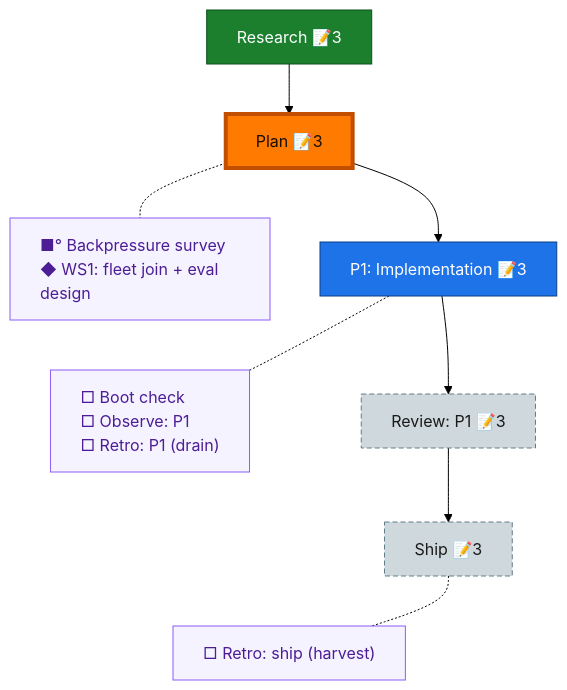
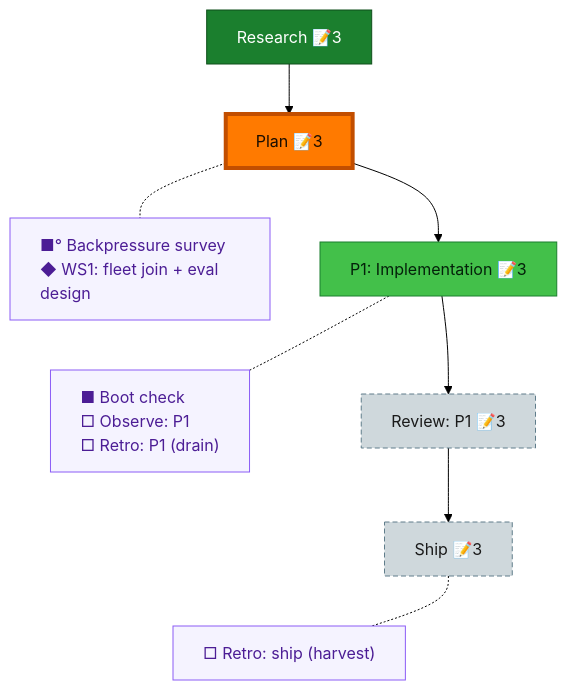
Before and after one commit to AI-Substrate/harness-engineering: the diagram in docs/plans/051-pij-fleet-session-eval/the-flow.md, drawn with Mermaid (forest theme). The commit also changed other lines of this file and 21 other files, not shown here.

````diff
--- a/docs/plans/051-pij-fleet-session-eval/the-flow.md
+++ b/docs/plans/051-pij-fleet-session-eval/the-flow.md
@@ -8,29 +8,29 @@
 ```mermaid
 flowchart TD
     research["Research 📝3"]:::done
     plan["Plan 📝3"]:::done
-    phase_1["P1: Implementation 📝3"]:::known
+    phase_1["P1: Implementation 📝3"]:::wip
     review_1["Review: P1 📝3"]:::assumed
     ship["Ship 📝3"]:::assumed
 
     research --> plan --> phase_1 --> review_1 --> ship
 
     planC["■° Backpressure survey<br/>◆ WS1: fleet join + eval design"]:::chore
-    phase_1C["□ Boot check<br/>□ Observe: P1<br/>□ Retro: P1 (drain)"]:::chore
+    phase_1C["■ Boot check<br/>□ Observe: P1<br/>□ Retro: P1 (drain)"]:::chore
     shipC["□ Retro: ship (harvest)"]:::chore
 
     %% invisible chain holds the gutter boxes in their own column
     planC ~~~ phase_1C ~~~ shipC
 
     %% dotted links pull each gutter box beside its node
     plan -.- planC
     phase_1 -.- phase_1C
     ship -.- shipC
 
     classDef done fill:#1B7F2E,stroke:#0F4F1B,color:#fff;
-    classDef known fill:#1E73E8,stroke:#0D3F86,color:#fff;
+    classDef wip fill:#43C04A,stroke:#1B7F2E,color:#04210A;
     classDef assumed fill:#CFD8DC,stroke:#607D8B,color:#1a1a1a,stroke-dasharray:5 3;
     classDef chore fill:#f5f3ff,stroke:#8b5cf6,color:#4c1d95,text-align:left;
     classDef current fill:#FF7A00,stroke:#C24E00,color:#1a0e00,stroke-width:4px;
     class plan current;
 ```
````
